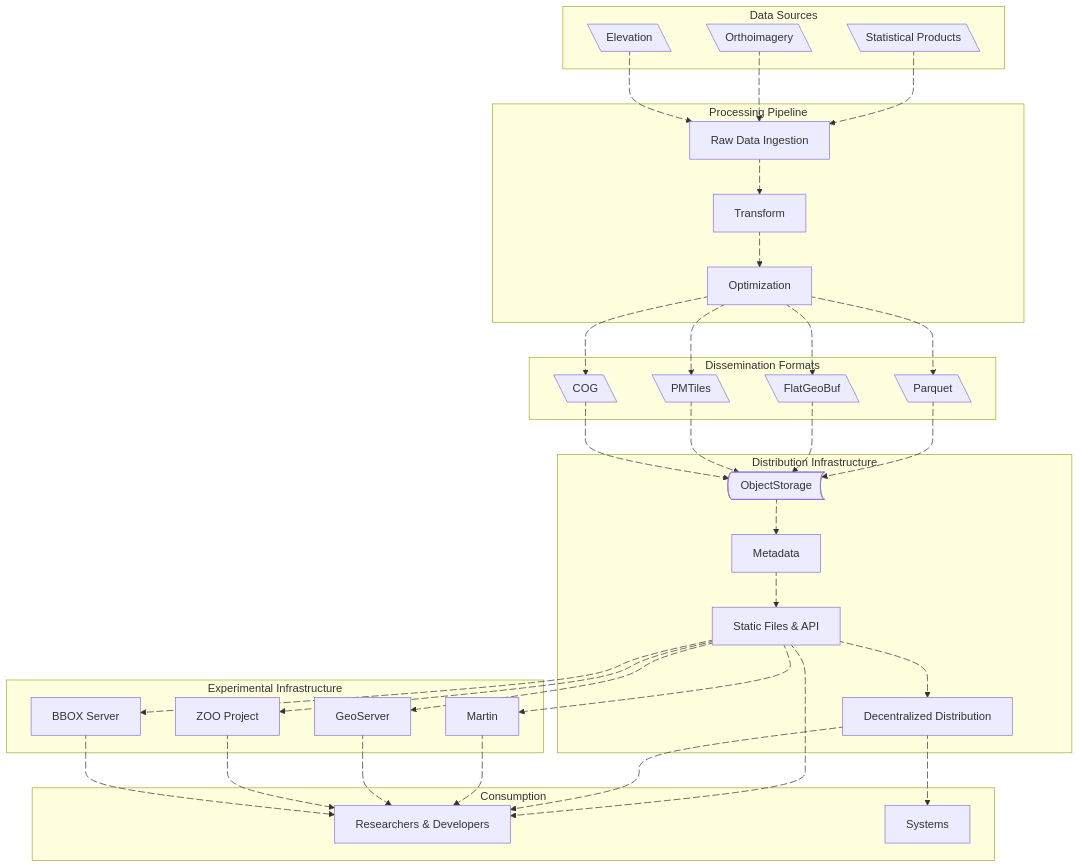
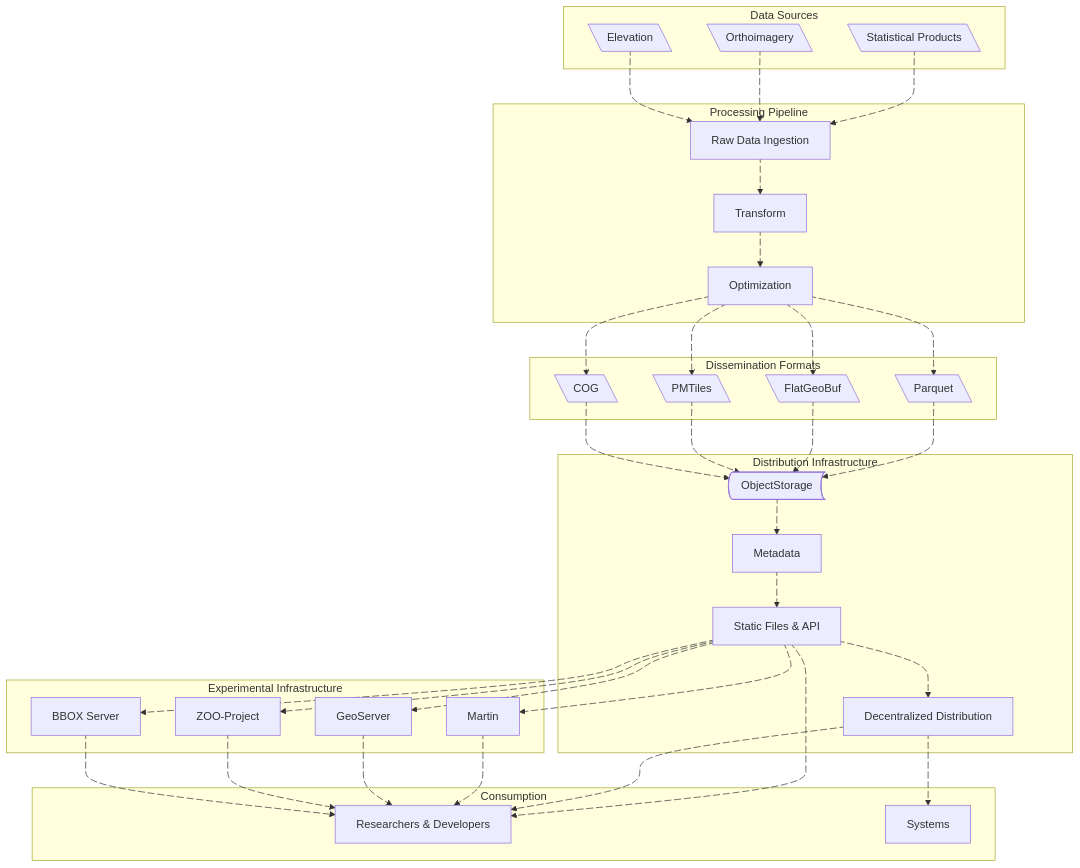
The diagram in content/_index.md (dataforcanada/www.dataforcanada.org), drawn with Mermaid before and after one commit.

Commit message:
Fix spelling mistake for ZOO-Project

```diff
--- a/content/_index.md
+++ b/content/_index.md
@@ -51,7 +51,7 @@
     subgraph "Experimental Infrastructure"
         Martin@{ shape: rect}
         GeoServer@{ shape: rect}
-        ZOOProject@{ shape: rect, label: "ZOO Project"}
+        ZOOProject@{ shape: rect, label: "ZOO-Project"}
         BBOXServer@{ shape: rect, label: "BBOX Server"}
     end
 
```
